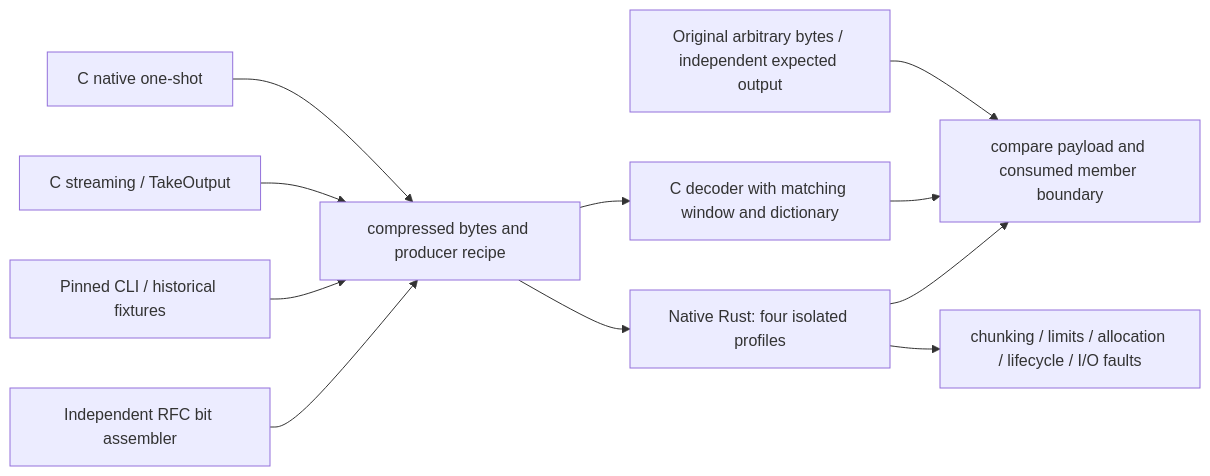
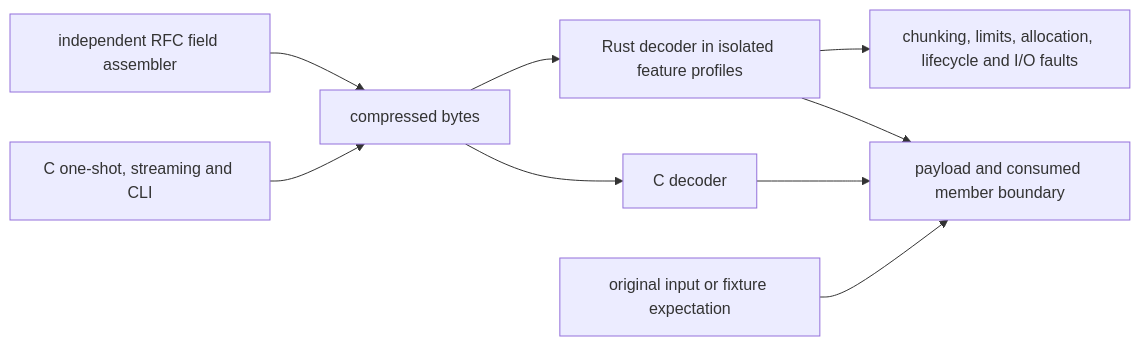
One commit to Mnwa/mbrotli changed the diagram in architecture/decompressor-compatibility.md. Above: the diagram before and after it, drawn with Mermaid. The commit also changed other lines of this file and 172 other files, not shown here.

````diff
--- a/architecture/decompressor-compatibility.md
+++ b/architecture/decompressor-compatibility.md
@@ -25,13 +15,11 @@
 ```mermaid
 flowchart LR
-    Native[C native one-shot] --> Bytes[compressed bytes and producer recipe]
-    Stream[C streaming / TakeOutput] --> Bytes
-    CLI[Pinned CLI / historical fixtures] --> Bytes
-    Independent[Independent RFC bit assembler] --> Bytes
-    Bytes --> C[C decoder with matching window and dictionary]
-    Bytes --> Rust[Native Rust: four isolated profiles]
-    Expected[Original arbitrary bytes / independent expected output] --> Compare
-    C --> Compare[compare payload and consumed member boundary]
+    CProducer[C one-shot, streaming and CLI] --> Bytes[compressed bytes]
+    Wire[independent RFC field assembler] --> Bytes
+    Bytes --> C[C decoder]
+    Bytes --> Rust[Rust decoder in isolated feature profiles]
+    C --> Compare[payload and consumed member boundary]
     Rust --> Compare
-    Rust --> Contracts[chunking / limits / allocation / lifecycle / I/O faults]
+    Expected[original input or fixture expectation] --> Compare
+    Rust --> Contracts[chunking, limits, allocation, lifecycle and I/O faults]
 ```
````
